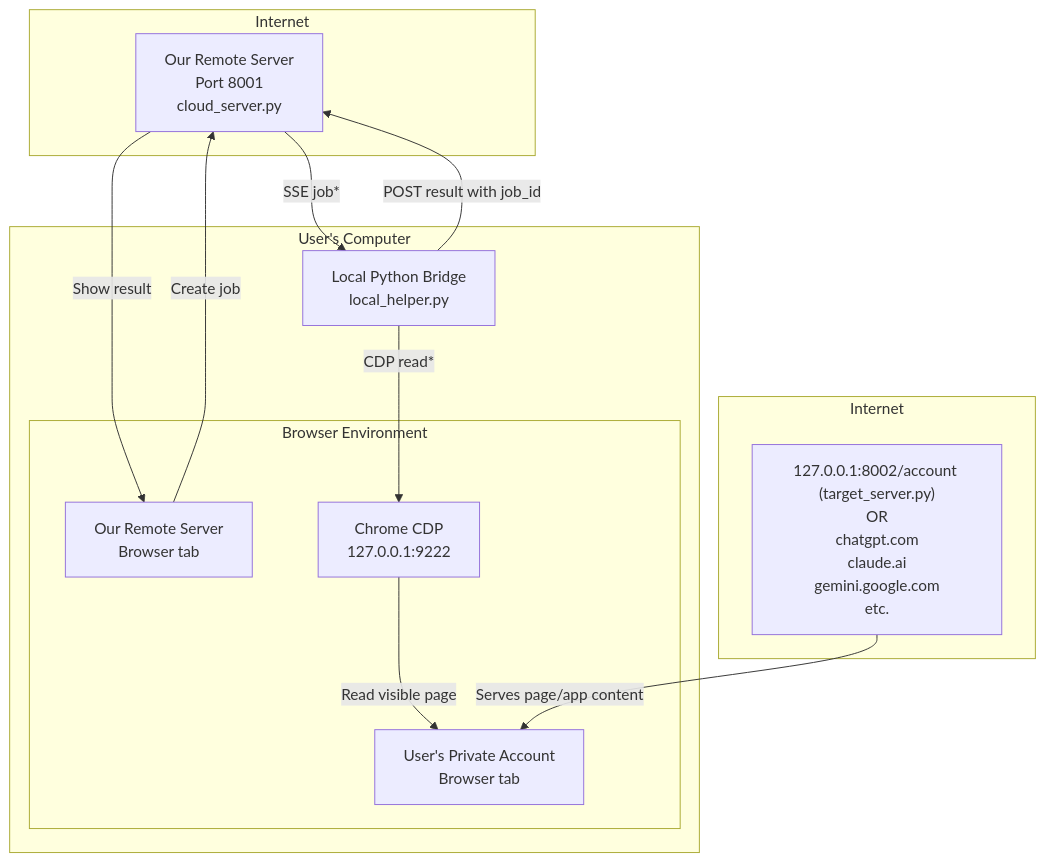
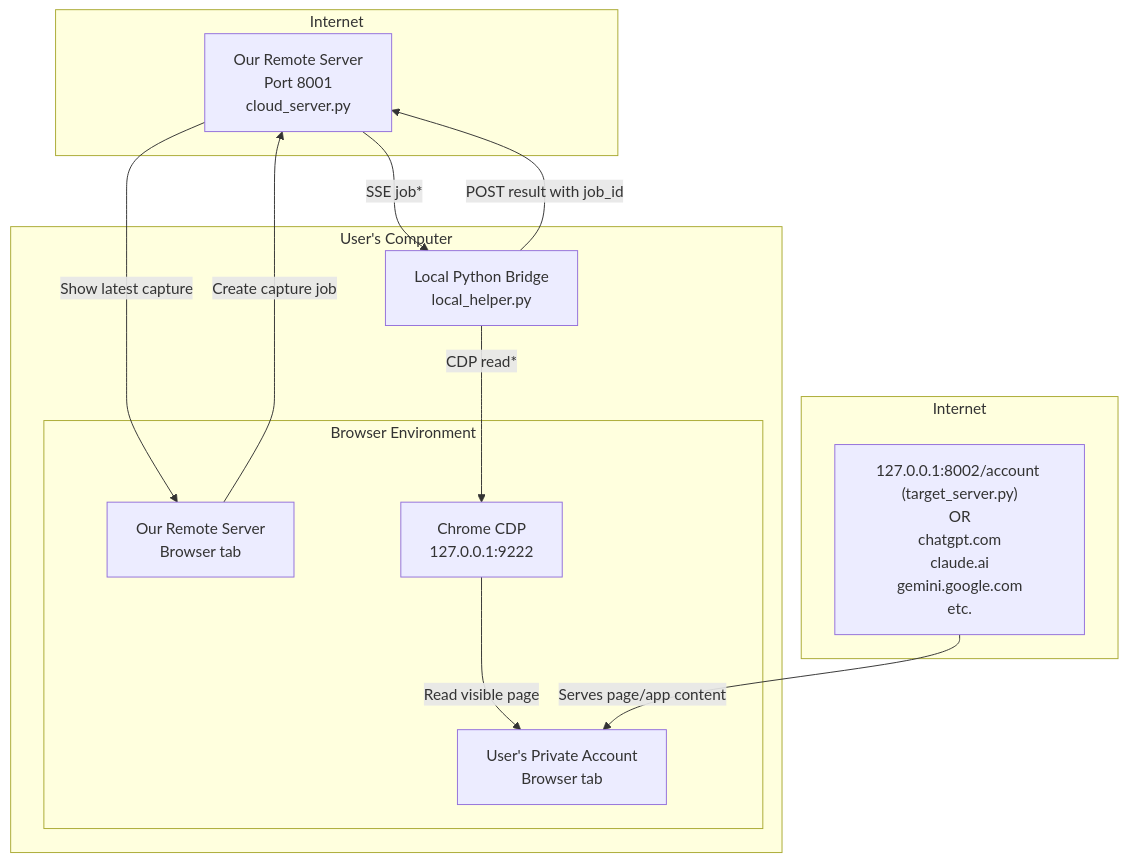
Before and after one commit to davidnoz123/cdp_bridger: the diagram in poc1/notes.md, drawn with Mermaid. The commit also changed other lines of this file, not shown here.

````diff
--- a/poc1/notes.md
+++ b/poc1/notes.md
@@ -65,28 +65,28 @@
 ```mermaid
 flowchart TD
     subgraph RemoteServer["Internet"]
         CloudServer["Our Remote Server<br/>Port 8001<br/>cloud_server.py"]
     end
 
     subgraph UserComputer["User's Computer"]
         Helper["Local Python Bridge<br/>local_helper.py"]
 
         subgraph BrowserEnv["Browser Environment"]
             CloudUI["Our Remote Server<br/>Browser tab"]
             Chrome["Chrome CDP<br/>127.0.0.1:9222"]
             PrivatePage["User's Private Account<br/>Browser tab"]
         end
     end
 
     subgraph InternetServers["Internet"]
         TargetSites["127.0.0.1:8002/account (target_server.py)<br/>OR<br/>chatgpt.com<br/>claude.ai<br/>gemini.google.com<br/>etc."]
     end
 
-    CloudUI -->|"Create job"| CloudServer
+    CloudUI -->|"Create capture job"| CloudServer
     CloudServer -->|"SSE job*"| Helper
     Helper -->|"CDP read*"| Chrome
     Chrome -->|"Read visible page"| PrivatePage
     TargetSites -->|"Serves page/app content"| PrivatePage
     Helper -->|"POST result with job_id"| CloudServer
-    CloudServer -->|"Show result"| CloudUI
+    CloudServer -->|"Show latest capture"| CloudUI
 ```
````
